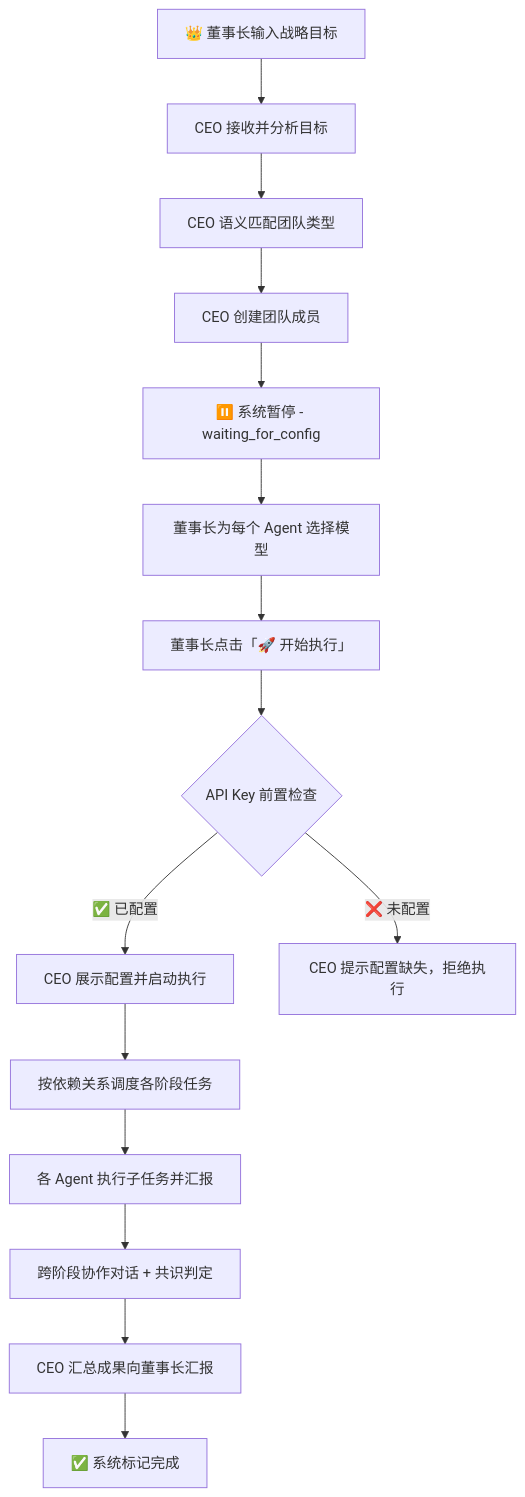
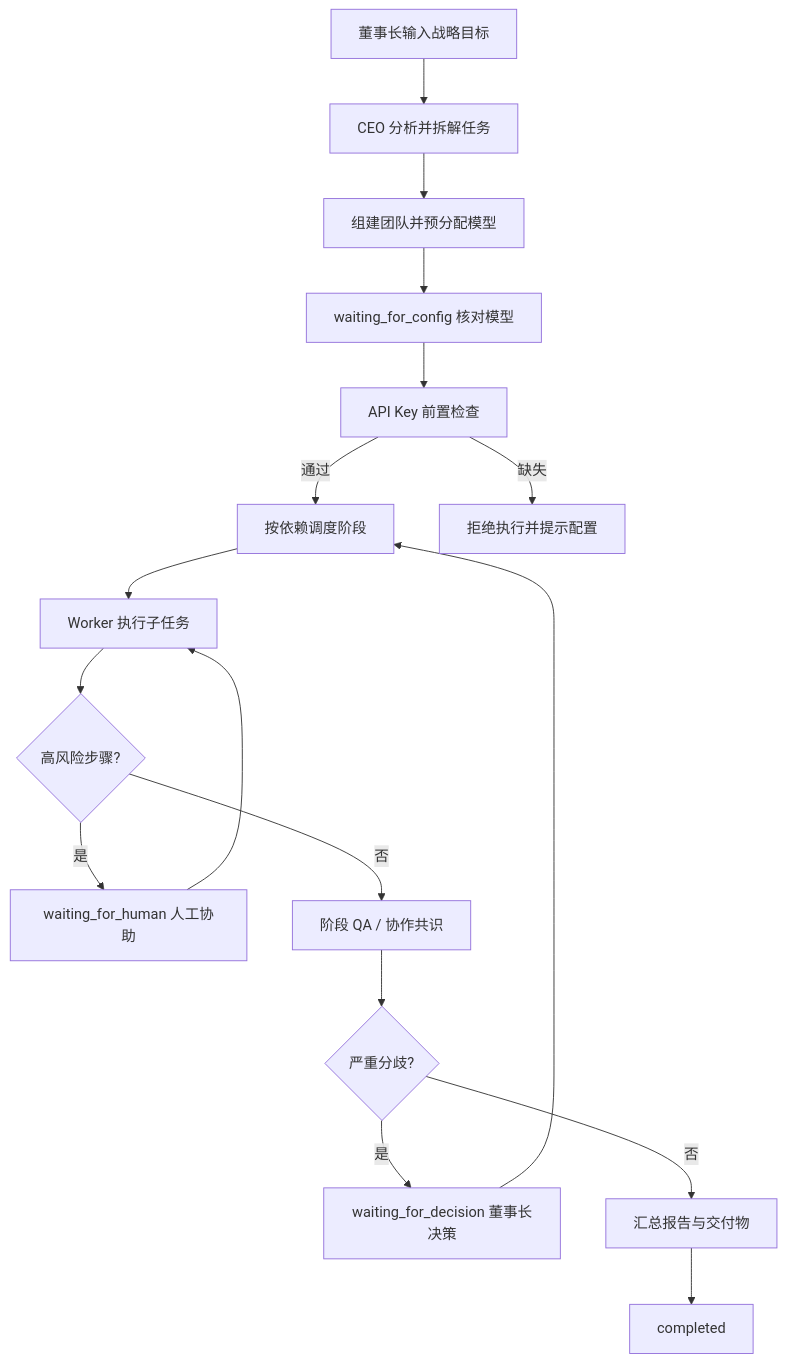
One commit to hudijiang/ai-team-engine changed the diagram in README.md. Above: the diagram before and after it, drawn with Mermaid. The commit also changed other lines of this file and 25 other files, not shown here.

````diff
--- a/README.md
+++ b/README.md
@@ -9,17 +16,19 @@
 ```mermaid
 flowchart TD
-    A[👑 董事长输入战略目标] --> B[CEO 接收并分析目标]
-    B --> C[CEO 语义匹配团队类型]
-    C --> D[CEO 创建团队成员]
-    D --> E[⏸️ 系统暂停 - waiting_for_config]
-    E --> F[董事长为每个 Agent 选择模型]
-    F --> G[董事长点击「🚀 开始执行」]
-    G --> H{API Key 前置检查}
-    H -->|✅ 已配置| I[CEO 展示配置并启动执行]
-    H -->|❌ 未配置| J[CEO 提示配置缺失，拒绝执行]
-    I --> K[按依赖关系调度各阶段任务]
-    K --> L[各 Agent 执行子任务并汇报]
-    L --> M[跨阶段协作对话 + 共识判定]
-    M --> N[CEO 汇总成果向董事长汇报]
-    N --> O[✅ 系统标记完成]
+    A[董事长输入战略目标] --> B[CEO 分析并拆解任务]
+    B --> C[组建团队并预分配模型]
+    C --> D[waiting_for_config 核对模型]
+    D --> E[API Key 前置检查]
+    E -->|通过| F[按依赖调度阶段]
+    E -->|缺失| G[拒绝执行并提示配置]
+    F --> H[Worker 执行子任务]
+    H --> I{高风险步骤?}
+    I -->|是| J[waiting_for_human 人工协助]
+    J --> H
+    I -->|否| K[阶段 QA / 协作共识]
+    K --> L{严重分歧?}
+    L -->|是| M[waiting_for_decision 董事长决策]
+    M --> F
+    L -->|否| N[汇总报告与交付物]
+    N --> O[completed]
 ```
````
